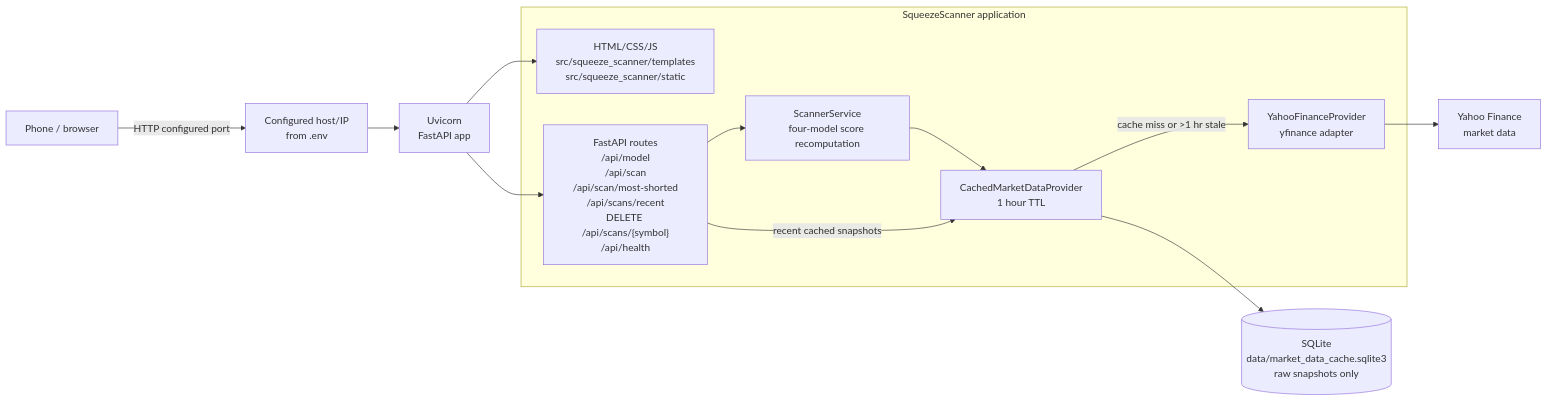
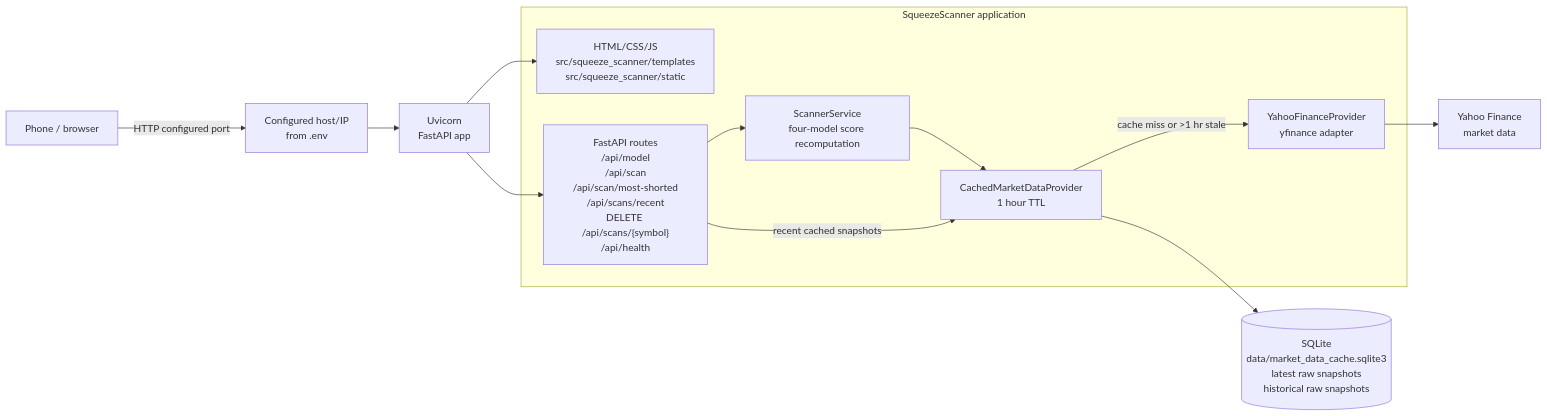
Before and after one commit to agorevski/SqueezeScanner: the first of 2 diagrams in ARCHITECTURE.md, drawn with Mermaid. The commit also changed other lines of this file and 7 other files, not shown here.

````diff
--- a/ARCHITECTURE.md
+++ b/ARCHITECTURE.md
@@ -3,22 +3,22 @@
 ```mermaid
 flowchart LR
     Phone["Phone / browser"] -->|HTTP configured port| Network["Configured host/IP<br/>from .env"]
     Network --> Uvicorn["Uvicorn<br/>FastAPI app"]
 
     subgraph WebApp["SqueezeScanner application"]
         UI["HTML/CSS/JS<br/>src/squeeze_scanner/templates<br/>src/squeeze_scanner/static"]
         API["FastAPI routes<br/>/api/model<br/>/api/scan<br/>/api/scan/most-shorted<br/>/api/scans/recent<br/>DELETE /api/scans/{symbol}<br/>/api/health"]
         Scanner["ScannerService<br/>four-model score recomputation"]
         CacheProvider["CachedMarketDataProvider<br/>1 hour TTL"]
         YahooProvider["YahooFinanceProvider<br/>yfinance adapter"]
     end
 
     Uvicorn --> UI
     Uvicorn --> API
     API --> Scanner
     Scanner --> CacheProvider
     API -->|"recent cached snapshots"| CacheProvider
-    CacheProvider --> SQLite[("SQLite<br/>data/market_data_cache.sqlite3<br/>raw snapshots only")]
+    CacheProvider --> SQLite[("SQLite<br/>data/market_data_cache.sqlite3<br/>latest raw snapshots<br/>historical raw snapshots")]
     CacheProvider -->|"cache miss or >1 hr stale"| YahooProvider
     YahooProvider --> Yahoo["Yahoo Finance<br/>market data"]
 ```
````
